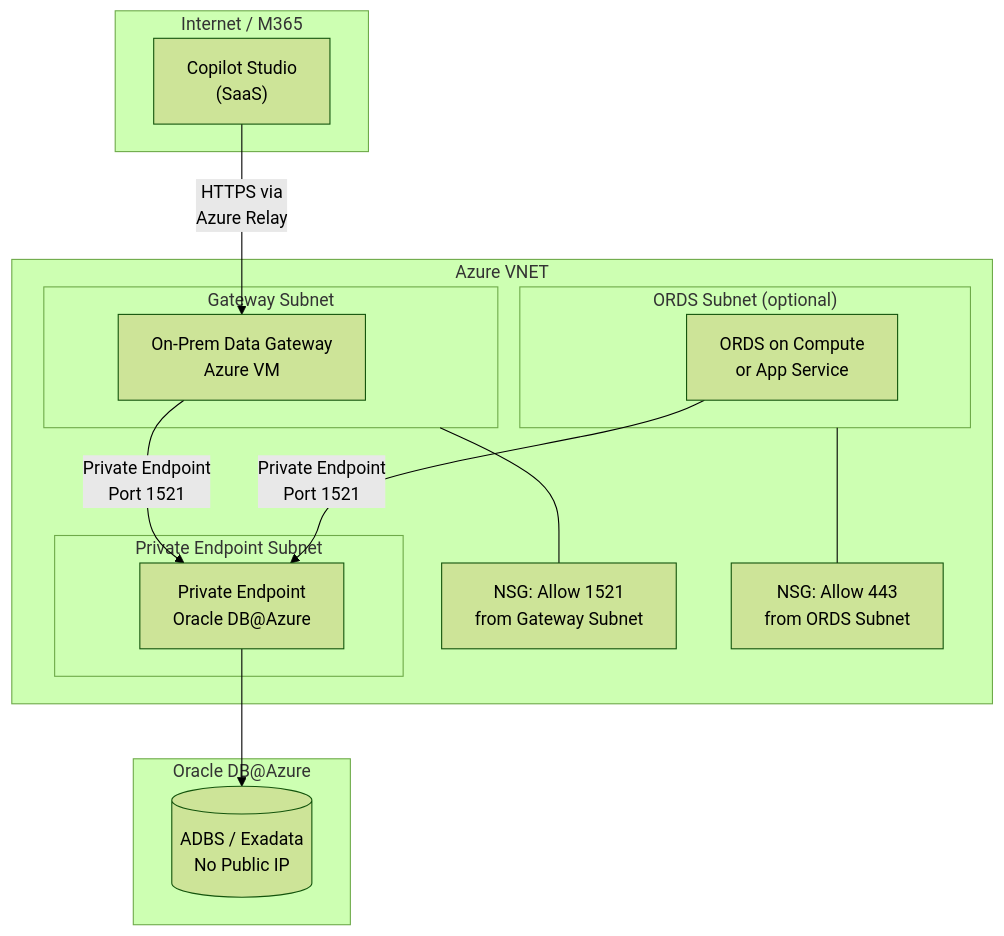
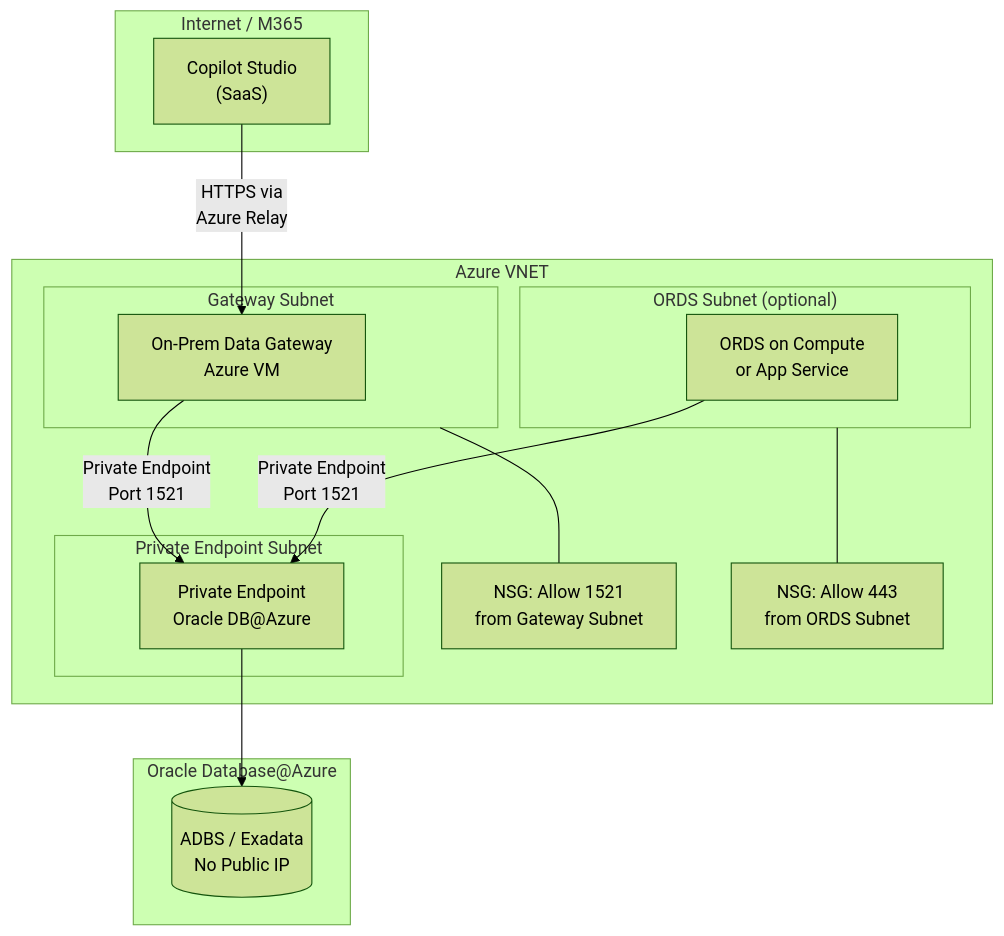
The second of 4 diagrams in docs/03-path1-copilot-studio.md (ryellajo12/ODAA-AI-Playbook), drawn with Mermaid (forest theme) before and after one commit.

````diff
--- a/docs/03-path1-copilot-studio.md
+++ b/docs/03-path1-copilot-studio.md
@@ -95,34 +95,34 @@
 ```mermaid
 graph TB
     subgraph Internet["Internet / M365"]
         CS["Copilot Studio<br/>(SaaS)"]
     end
 
     subgraph AzureVNET["Azure VNET"]
         subgraph GWSub["Gateway Subnet"]
             GW["On-Prem Data Gateway<br/>Azure VM"]
         end
 
         subgraph PESub["Private Endpoint Subnet"]
             PE["Private Endpoint<br/>Oracle DB@Azure"]
         end
 
         subgraph ORDSSub["ORDS Subnet (optional)"]
             ORDS["ORDS on Compute<br/>or App Service"]
         end
 
         NSG1["NSG: Allow 1521<br/>from Gateway Subnet"]
         NSG2["NSG: Allow 443<br/>from ORDS Subnet"]
     end
 
-    subgraph ODA["Oracle DB@Azure"]
+    subgraph ODA["Oracle Database@Azure"]
         DB[("ADBS / Exadata<br/>No Public IP")]
     end
 
     CS -->|HTTPS via<br/>Azure Relay| GW
     GW -->|Private Endpoint<br/>Port 1521| PE
     PE --> DB
     ORDS -->|Private Endpoint<br/>Port 1521| PE
     GWSub --- NSG1
     ORDSSub --- NSG2
 ```
````
